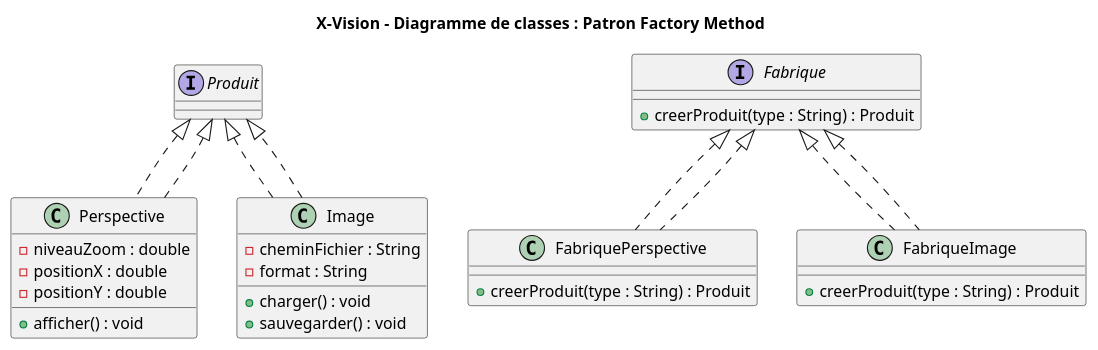
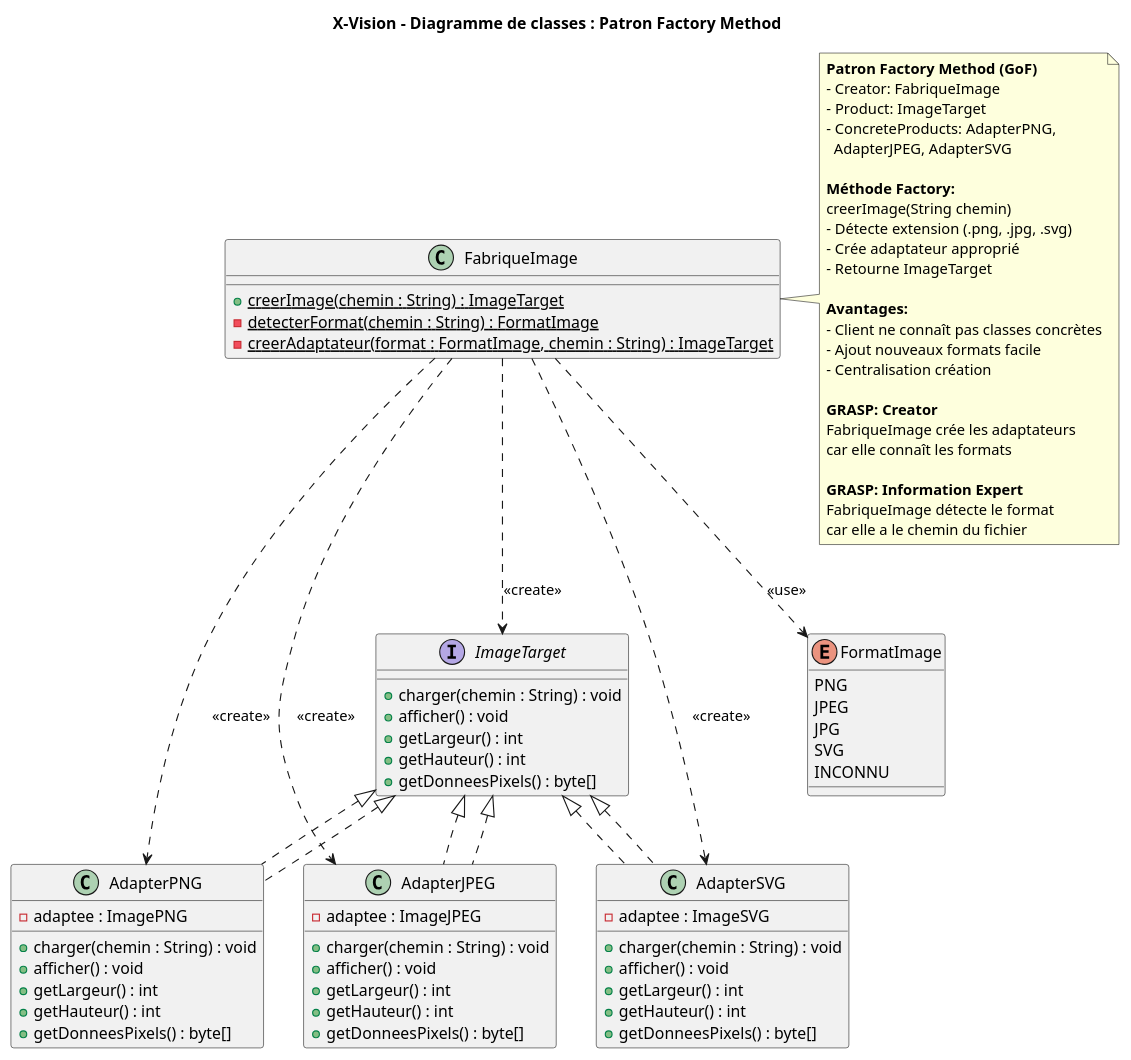
The diagram in docs/diagramme_factory_method.puml (antoinemailhot/X-Vision), drawn with PlantUML before and after one commit. The commit also changed 29 other files, not shown here.

```diff
--- a/docs/diagramme_factory_method.puml
+++ b/docs/diagramme_factory_method.puml
@@ -1,51 +1,104 @@
 @startuml
 ' =====================================================
 ' DIAGRAMME DE CLASSES - PATRON FACTORY METHOD
 ' Projet : X-Vision
 ' Auteur : Antoine Mailhot & Micaël Racine-Leblanc 
 ' Description : Création flexible d’objets Perspective et Image
 '               via le patron Factory Method.
 ' =====================================================
 
 title X-Vision - Diagramme de classes : Patron Factory Method
 
-' Interface pour les objets créés
-interface Produit {
+' Interface pour les produits (images)
+interface ImageTarget {
+    +charger(chemin : String) : void
+    +afficher() : void
+    +getLargeur() : int
+    +getHauteur() : int
+    +getDonneesPixels() : byte[]
 }
 
-class Perspective implements Produit {
-    -niveauZoom : double
-    -positionX : double
-    -positionY : double
+' Produits concrets (Adapters)
+class AdapterPNG implements ImageTarget {
+    -adaptee : ImagePNG
+    +charger(chemin : String) : void
     +afficher() : void
+    +getLargeur() : int
+    +getHauteur() : int
+    +getDonneesPixels() : byte[]
 }
 
-class Image implements Produit {
-    -cheminFichier : String
-    -format : String
-    +charger() : void
-    +sauvegarder() : void
+class AdapterJPEG implements ImageTarget {
+    -adaptee : ImageJPEG
+    +charger(chemin : String) : void
+    +afficher() : void
+    +getLargeur() : int
+    +getHauteur() : int
+    +getDonneesPixels() : byte[]
 }
 
-' Interface de la Factory
-interface Fabrique {
-    +creerProduit(type : String) : Produit
+class AdapterSVG implements ImageTarget {
+    -adaptee : ImageSVG
+    +charger(chemin : String) : void
+    +afficher() : void
+    +getLargeur() : int
+    +getHauteur() : int
+    +getDonneesPixels() : byte[]
 }
 
-class FabriquePerspective implements Fabrique {
-    +creerProduit(type : String) : Produit
+' Creator (Factory)
+class FabriqueImage {
+    +{static} creerImage(chemin : String) : ImageTarget
+    -{static} detecterFormat(chemin : String) : FormatImage
+    -{static} creerAdaptateur(format : FormatImage, chemin : String) : ImageTarget
 }
 
-class FabriqueImage implements Fabrique {
-    +creerProduit(type : String) : Produit
+enum FormatImage {
+    PNG
+    JPEG
+    JPG
+    SVG
+    INCONNU
 }
 
 ' =====================================================
 ' RELATIONS ENTRE LES CLASSES
 ' =====================================================
-Fabrique <|.. FabriquePerspective
-Fabrique <|.. FabriqueImage
-Perspective ..|> Produit
-Image ..|> Produit
+ImageTarget <|.. AdapterPNG
+ImageTarget <|.. AdapterJPEG
+ImageTarget <|.. AdapterSVG
+
+FabriqueImage ..> ImageTarget : <<create>>
+FabriqueImage ..> FormatImage : <<use>>
+FabriqueImage ..> AdapterPNG : <<create>>
+FabriqueImage ..> AdapterJPEG : <<create>>
+FabriqueImage ..> AdapterSVG : <<create>>
+
+note right of FabriqueImage
+    **Patron Factory Method (GoF)**
+    - Creator: FabriqueImage
+    - Product: ImageTarget
+    - ConcreteProducts: AdapterPNG,
+      AdapterJPEG, AdapterSVG
+
+    **Méthode Factory:**
+    creerImage(String chemin)
+    - Détecte extension (.png, .jpg, .svg)
+    - Crée adaptateur approprié
+    - Retourne ImageTarget
+
+    **Avantages:**
+    - Client ne connaît pas classes concrètes
+    - Ajout nouveaux formats facile
+    - Centralisation création
+
+    **GRASP: Creator**
+    FabriqueImage crée les adaptateurs
+    car elle connaît les formats
+
+    **GRASP: Information Expert**
+    FabriqueImage détecte le format
+    car elle a le chemin du fichier
+end note
 
 @enduml
```
